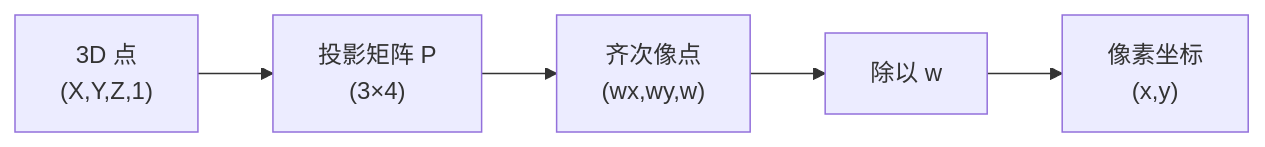
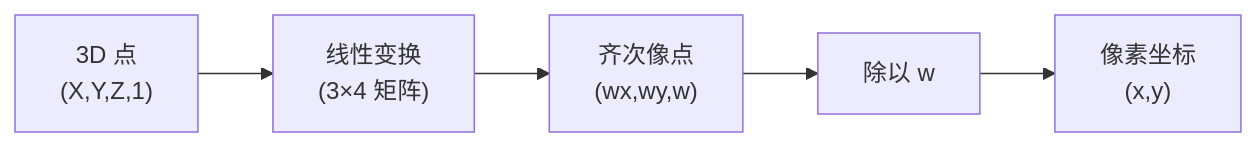
Before and after one commit to xjsongphy/Camera3D: the second of 13 diagrams in lab1/lab1-讲义.md, drawn with Mermaid. The commit also changed other lines of this file and 2 other files, not shown here.

````diff
--- a/lab1/lab1-讲义.md
+++ b/lab1/lab1-讲义.md
@@ -49,4 +49,4 @@
 ```mermaid
 flowchart LR
-    A["3D 点<br/>(X,Y,Z,1)"] --> B["投影矩阵 P<br/>(3×4)"] --> C["齐次像点<br/>(wx,wy,w)"] --> D["除以 w"] --> E["像素坐标<br/>(x,y)"]
+    A["3D 点<br/>(X,Y,Z,1)"] --> B["线性变换<br/>(3×4 矩阵)"] --> C["齐次像点<br/>(wx,wy,w)"] --> D["除以 w"] --> E["像素坐标<br/>(x,y)"]
 ```
````
